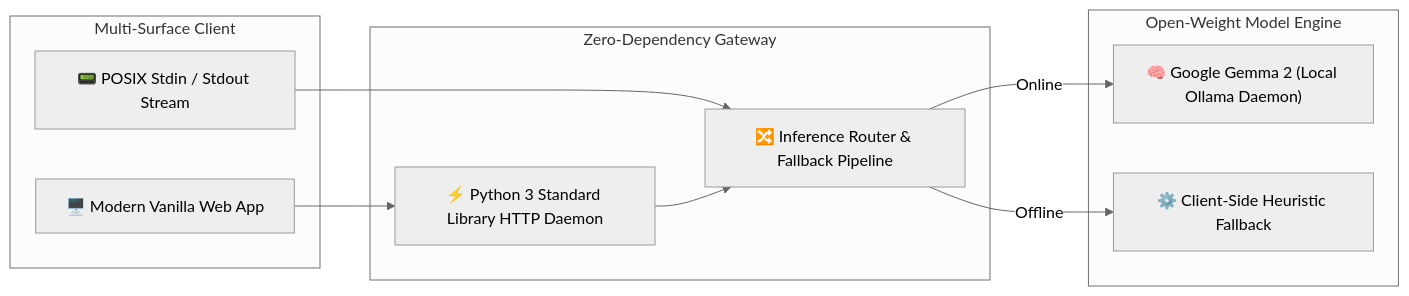
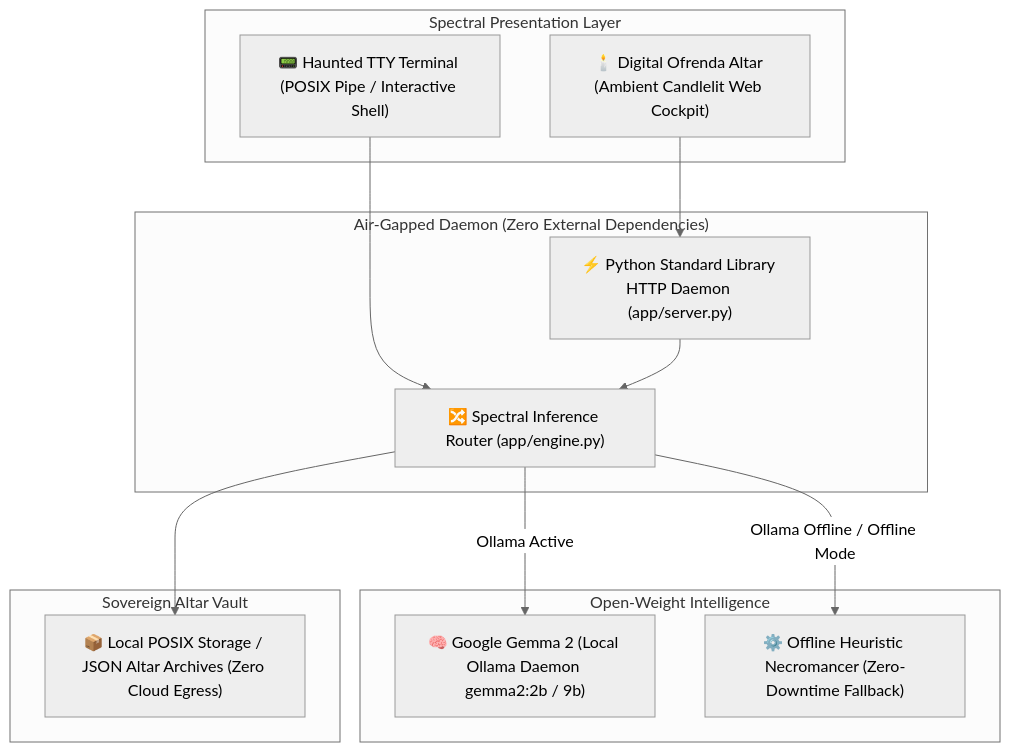
Before and after one commit to XiaoArnav/necrogit: the diagram in README.md, drawn with Mermaid (neutral theme). The commit also changed other lines of this file and 1 other file, not shown here.

````diff
--- a/README.md
+++ b/README.md
@@ -24,23 +52,28 @@
 ```mermaid
-flowchart LR
-    subgraph Client ["Multi-Surface Client"]
-        Web["🖥️ Modern Vanilla Web App"]
-        CLI["📟 POSIX Stdin / Stdout Stream"]
+flowchart TD
+    subgraph Client ["Spectral Presentation Layer"]
+        CLI["📟 Haunted TTY Terminal (POSIX Pipe / Interactive Shell)"]
+        Web["🕯️ Digital Ofrenda Altar (Ambient Candlelit Web Cockpit)"]
     end
 
-    subgraph Core ["Zero-Dependency Gateway"]
-        Daemon["⚡ Python 3 Standard Library HTTP Daemon"]
-        Router["🔀 Inference Router & Fallback Pipeline"]
+    subgraph Core ["Air-Gapped Daemon (Zero External Dependencies)"]
+        Server["⚡ Python Standard Library HTTP Daemon (app/server.py)"]
+        Router["🔀 Spectral Inference Router (app/engine.py)"]
     end
 
-    subgraph AI ["Open-Weight Model Engine"]
-        Gemma["🧠 Google Gemma 2 (Local Ollama Daemon)"]
-        Heuristics["⚙️ Client-Side Heuristic Fallback"]
+    subgraph ModelEngine ["Open-Weight Intelligence"]
+        Gemma["🧠 Google Gemma 2 (Local Ollama Daemon gemma2:2b / 9b)"]
+        Heuristics["⚙️ Offline Heuristic Necromancer (Zero-Downtime Fallback)"]
     end
 
-    Web --> Daemon
+    subgraph Storage ["Sovereign Altar Vault"]
+        Vault["📦 Local POSIX Storage / JSON Altar Archives (Zero Cloud Egress)"]
+    end
+
     CLI --> Router
-    Daemon --> Router
-    Router --> |Online| Gemma
-    Router --> |Offline| Heuristics
+    Web --> Server
+    Server --> Router
+    Router --> |Ollama Active| Gemma
+    Router --> |Ollama Offline / Offline Mode| Heuristics
+    Router --> Vault
 ```
````
